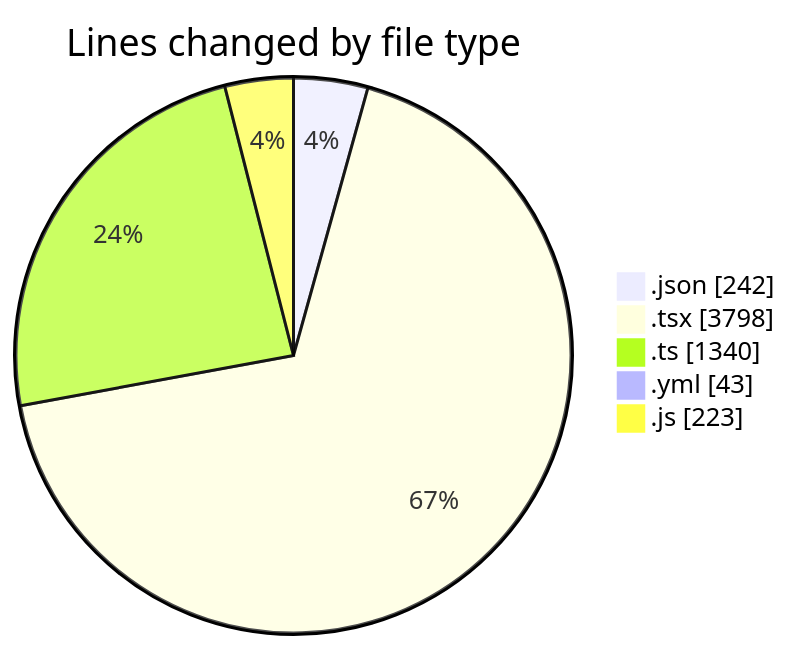
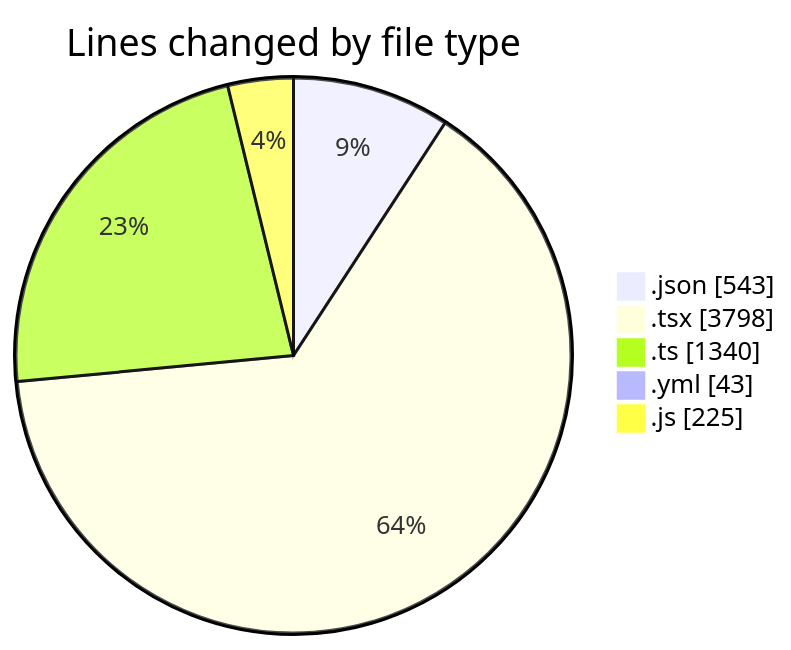
One commit to julien-gomy/code-tracking changed the first of 2 diagrams in 2025-11-17/eventscop-frontend-guide__workspace_/README.md. Above: the diagram before and after it, drawn with Mermaid. The commit also changed other lines of this file and 1 other file, not shown here.

````diff
--- a/2025-11-17/eventscop-frontend-guide__workspace_/README.md
+++ b/2025-11-17/eventscop-frontend-guide__workspace_/README.md
@@ -49,9 +50,9 @@
 ```mermaid
 pie showData
 title Lines changed by file type
-".json" : 242
+".json" : 543
 ".tsx" : 3798
 ".ts" : 1340
 ".yml" : 43
-".js" : 223
+".js" : 225
 ```
````
